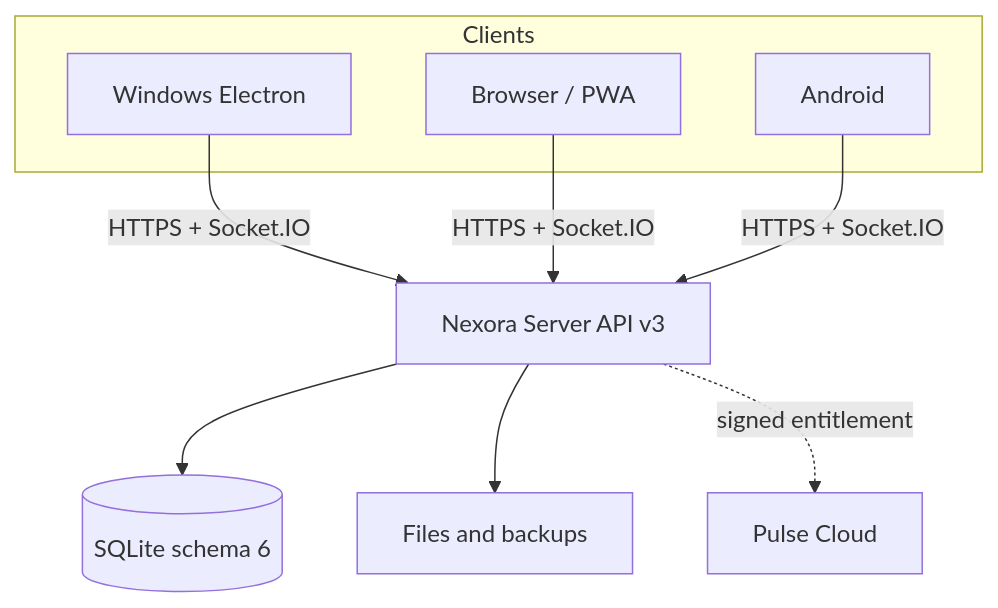
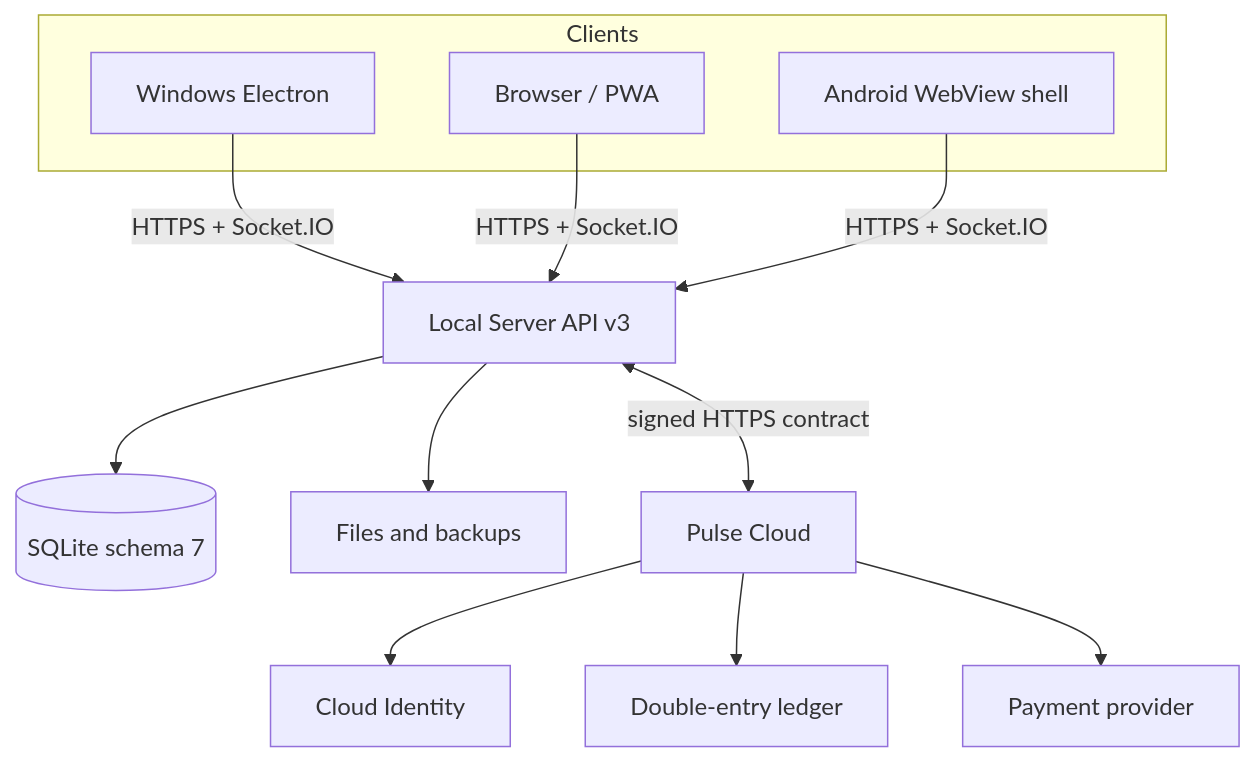
One commit to Onmaynec/Nexora changed the diagram in README.md. Above: the diagram before and after it, drawn with Mermaid. The commit also changed other lines of this file, not shown here.

Commit message:
docs: update README for Nexora 3.1.2

````diff
--- a/README.md
+++ b/README.md
@@ -27,14 +43,19 @@
 ```mermaid
 flowchart TB
   subgraph Clients
     W["Windows Electron"]
     P["Browser / PWA"]
-    A["Android"]
+    A["Android WebView shell"]
   end
-  W -->|"HTTPS + Socket.IO"| S["Nexora Server API v3"]
+
+  W -->|"HTTPS + Socket.IO"| S["Local Server API v3"]
   P -->|"HTTPS + Socket.IO"| S
   A -->|"HTTPS + Socket.IO"| S
-  S --> D[("SQLite schema 6")]
+
+  S --> D[("SQLite schema 7")]
   S --> F["Files and backups"]
-  S -. "signed entitlement" .-> C["Pulse Cloud"]
+  S <-->|"signed HTTPS contract"| C["Pulse Cloud"]
+  C --> I["Cloud Identity"]
+  C --> L["Double-entry ledger"]
+  C --> B["Payment provider"]
 ```
````
